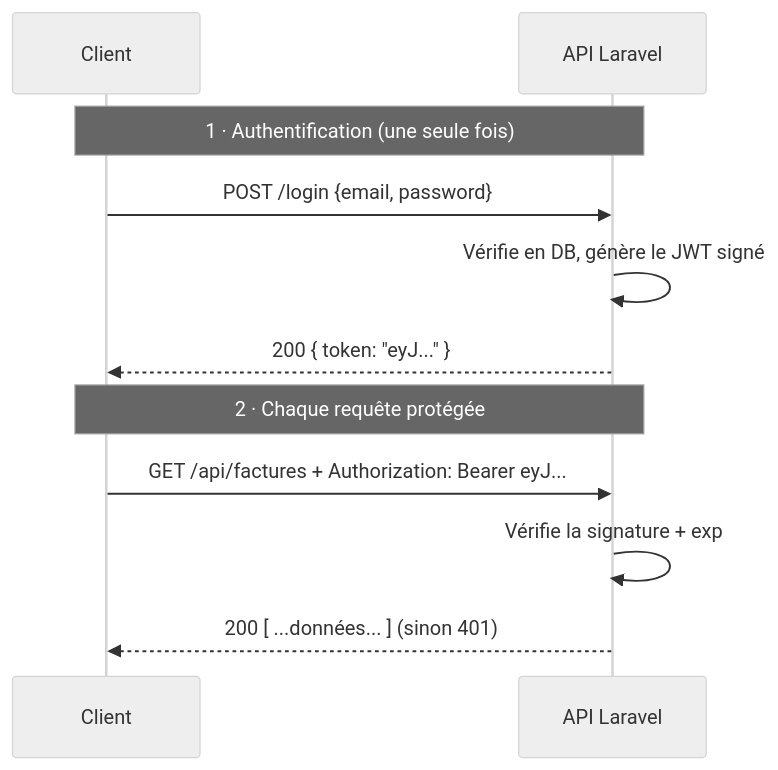
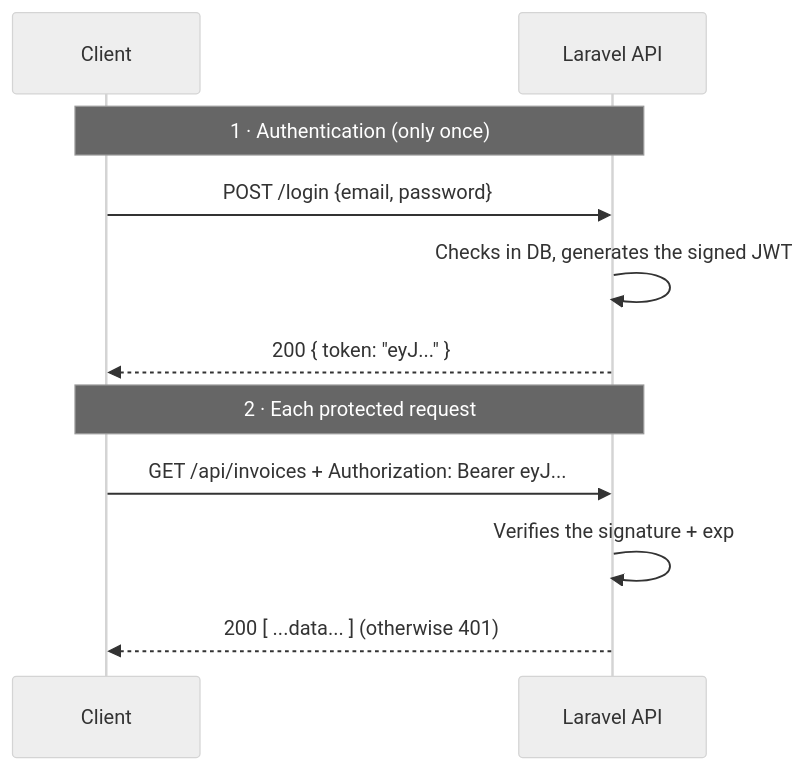
One commit to zakariaz35/objectif changed the diagram in content/jwt-hexagonal-ddd/02-bearer/02-flux-complet.md. Above: the diagram before and after it, drawn with Mermaid (neutral theme). The commit also changed other lines of this file and 40 other files, not shown here.

````diff
--- a/content/jwt-hexagonal-ddd/02-bearer/02-flux-complet.md
+++ b/content/jwt-hexagonal-ddd/02-bearer/02-flux-complet.md
@@ -6,13 +6,13 @@
 ```mermaid
 sequenceDiagram
     participant C as Client
-    participant API as API Laravel
-    Note over C,API: 1 · Authentification (une seule fois)
+    participant API as Laravel API
+    Note over C,API: 1 · Authentication (only once)
     C->>API: POST /login {email, password}
-    API->>API: Vérifie en DB, génère le JWT signé
+    API->>API: Checks in DB, generates the signed JWT
     API-->>C: 200 { token: "eyJ..." }
-    Note over C,API: 2 · Chaque requête protégée
-    C->>API: GET /api/factures + Authorization: Bearer eyJ...
-    API->>API: Vérifie la signature + exp
-    API-->>C: 200 [ ...données... ]  (sinon 401)
+    Note over C,API: 2 · Each protected request
+    C->>API: GET /api/invoices + Authorization: Bearer eyJ...
+    API->>API: Verifies the signature + exp
+    API-->>C: 200 [ ...data... ]  (otherwise 401)
 ```
````
